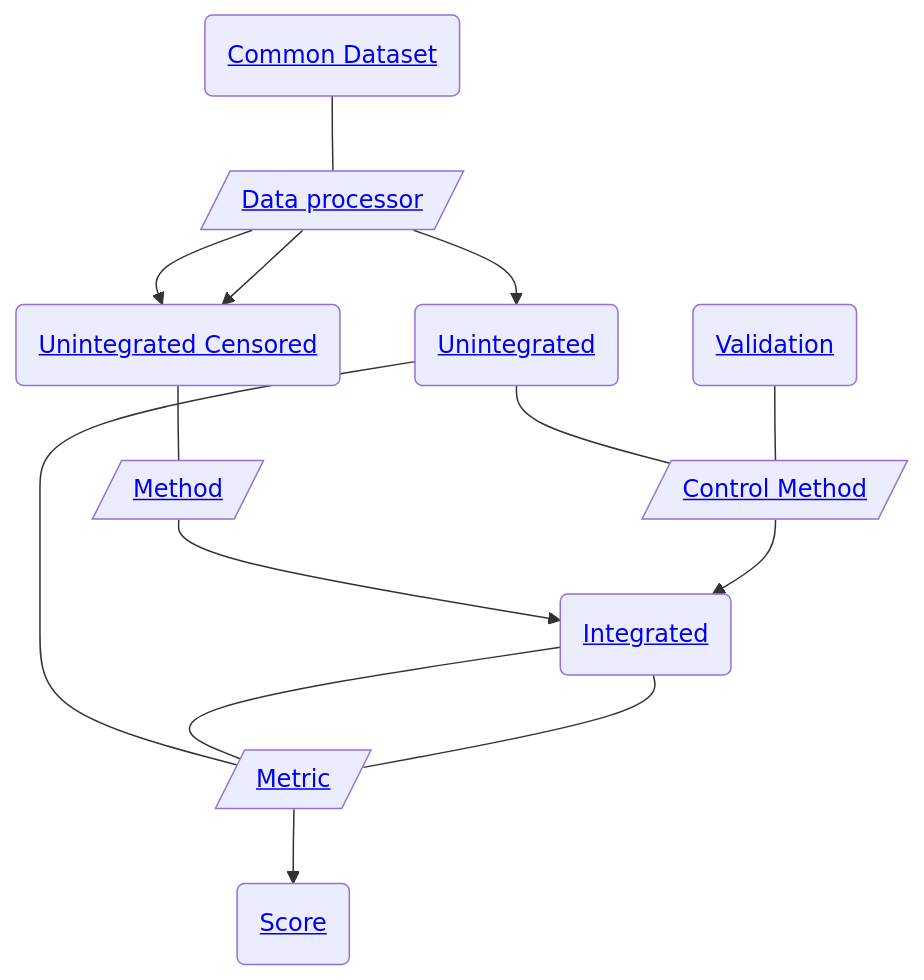
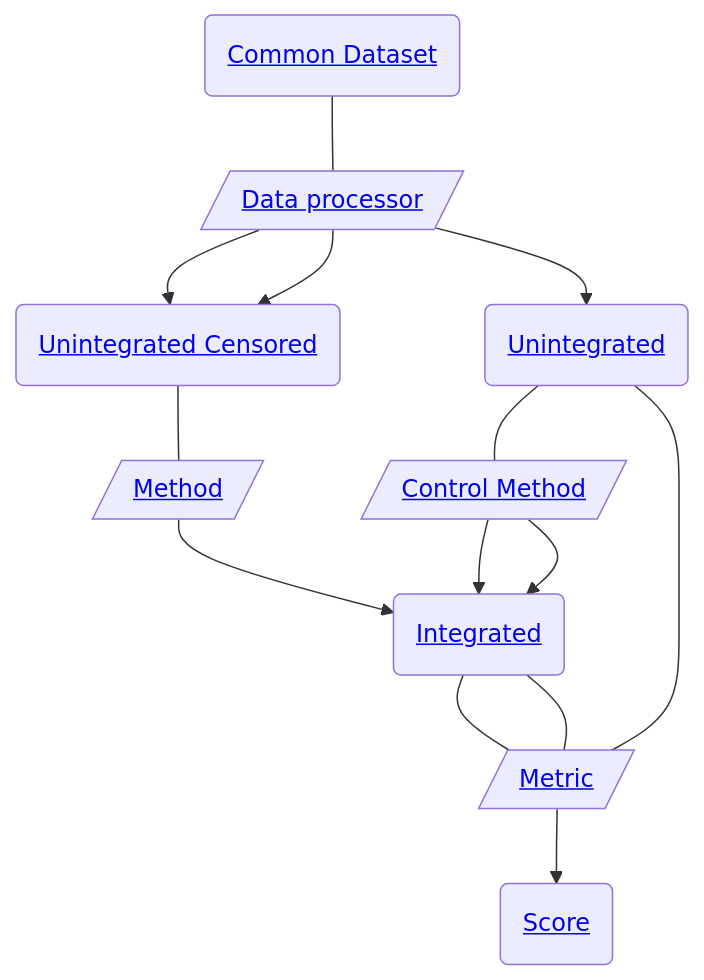
The diagram in README.md (openproblems-bio/task_cyto_batch_integration), drawn with Mermaid before and after one commit. The commit also changed other lines of this file and 4 other files, not shown here.

````diff
--- a/README.md
+++ b/README.md
@@ -45,26 +45,25 @@
 ``` mermaid
 flowchart TB
   file_common_dataset("<a href='https://github.com/openproblems-bio/task_cyto_batch_integration#file-format-common-dataset'>Common Dataset</a>")
   comp_data_processor[/"<a href='https://github.com/openproblems-bio/task_cyto_batch_integration#component-type-data-processor'>Data processor</a>"/]
   file_censored("<a href='https://github.com/openproblems-bio/task_cyto_batch_integration#file-format-unintegrated-censored'>Unintegrated Censored</a>")
   file_unintegrated("<a href='https://github.com/openproblems-bio/task_cyto_batch_integration#file-format-unintegrated'>Unintegrated</a>")
   comp_method[/"<a href='https://github.com/openproblems-bio/task_cyto_batch_integration#component-type-method'>Method</a>"/]
   comp_control_method[/"<a href='https://github.com/openproblems-bio/task_cyto_batch_integration#component-type-control-method'>Control Method</a>"/]
   comp_metric[/"<a href='https://github.com/openproblems-bio/task_cyto_batch_integration#component-type-metric'>Metric</a>"/]
   file_integrated("<a href='https://github.com/openproblems-bio/task_cyto_batch_integration#file-format-integrated'>Integrated</a>")
   file_score("<a href='https://github.com/openproblems-bio/task_cyto_batch_integration#file-format-score'>Score</a>")
-  file_validation("<a href='https://github.com/openproblems-bio/task_cyto_batch_integration#file-format-validation'>Validation</a>")
   file_common_dataset---comp_data_processor
   comp_data_processor-->file_censored
   comp_data_processor-->file_censored
   comp_data_processor-->file_unintegrated
   file_censored---comp_method
   file_unintegrated---comp_control_method
   file_unintegrated---comp_metric
   comp_method-->file_integrated
   comp_control_method-->file_integrated
+  comp_control_method-->file_integrated
   comp_metric-->file_score
   file_integrated---comp_metric
   file_integrated---comp_metric
-  file_validation---comp_control_method
 ```
````
